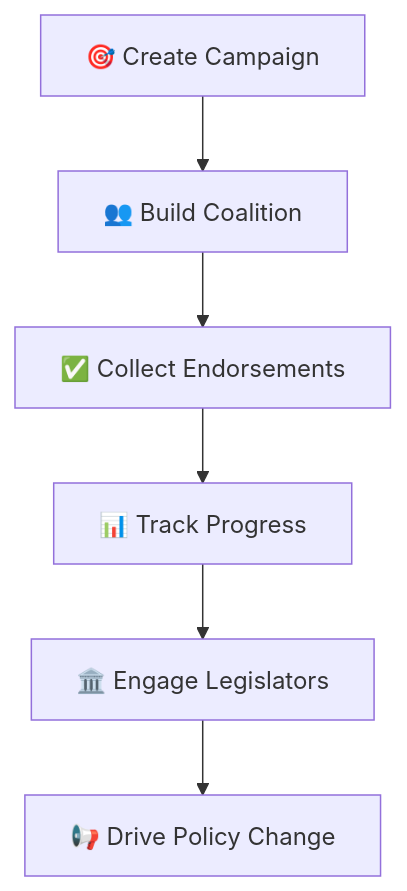
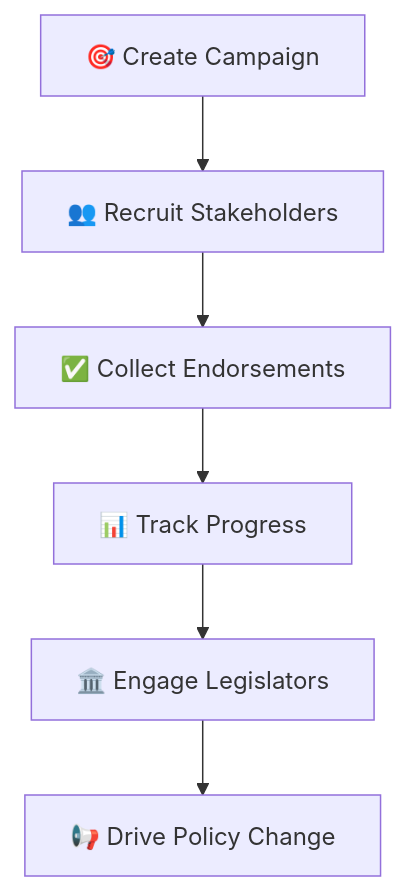
The first of 2 diagrams in README.md (lhadjchikh/coalition-builder), drawn with Mermaid before and after one commit. The commit also changed other lines of this file and 1 other file, not shown here.

Commit message:
docs: improve overview descriptions

````diff
--- a/README.md
+++ b/README.md
@@ -21,9 +21,9 @@
 ```mermaid
 %%{init: {'theme':'basic'}}%%
 flowchart TD
-    A[🎯 Create Campaign] --> B[👥 Build Coalition]
+    A[🎯 Create Campaign] --> B[👥 Recruit Stakeholders]
     B --> C[✅ Collect Endorsements]
     C --> D[📊 Track Progress]
     D --> E[🏛️ Engage Legislators]
     E --> F[📢 Drive Policy Change]
 ```
````
